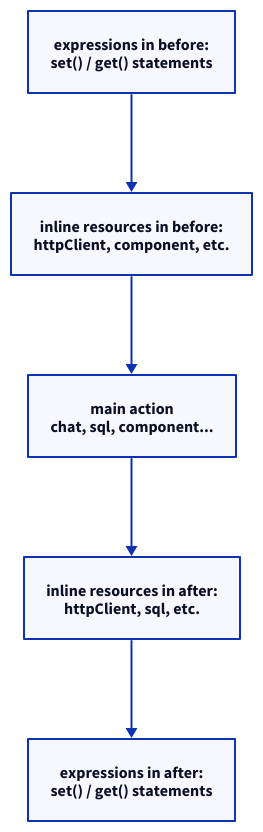
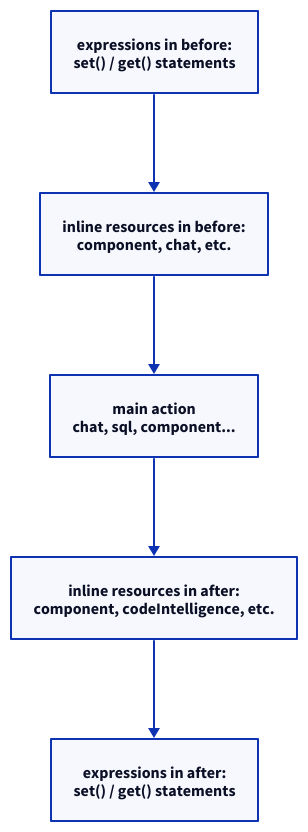
One commit to kdeps/kdeps changed the diagram in docs/v2/workflow/inline-resources.md. Above: the diagram before and after it, drawn with D2. The commit also changed other lines of this file and 53 other files, not shown here.

````diff
--- a/docs/v2/workflow/inline-resources.md
+++ b/docs/v2/workflow/inline-resources.md
@@ -51,11 +53,11 @@
 ```d2
 direction: down
 
 A: "expressions in before:\nset() / get() statements"
-B: "inline resources in before:\nhttpClient, component, etc."
+B: "inline resources in before:\ncomponent, chat, etc."
 C: "main action\nchat, sql, component..."
-D: "inline resources in after:\nhttpClient, sql, etc."
+D: "inline resources in after:\ncomponent, codeIntelligence, etc."
 E: "expressions in after:\nset() / get() statements"
 
 A -> B -> C -> D -> E
 ```
````
